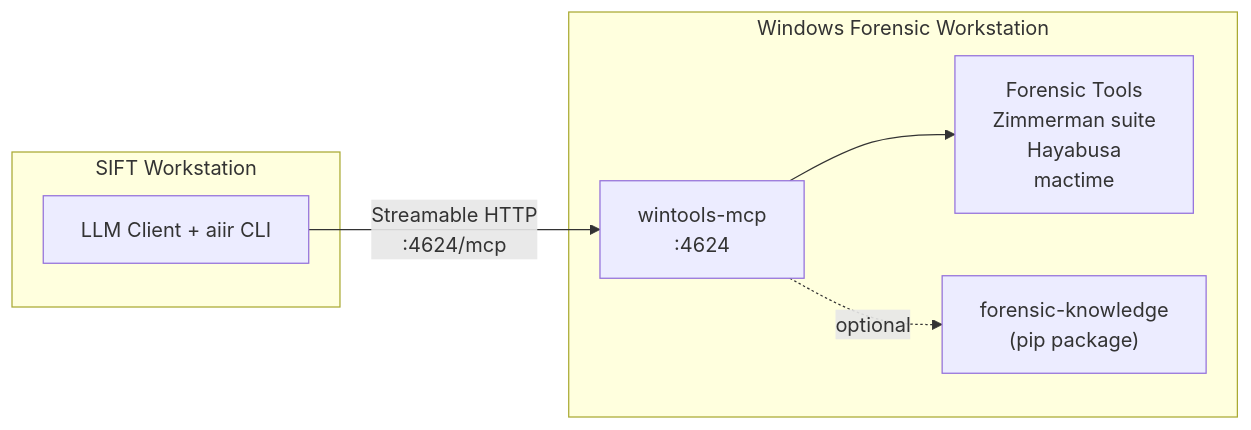
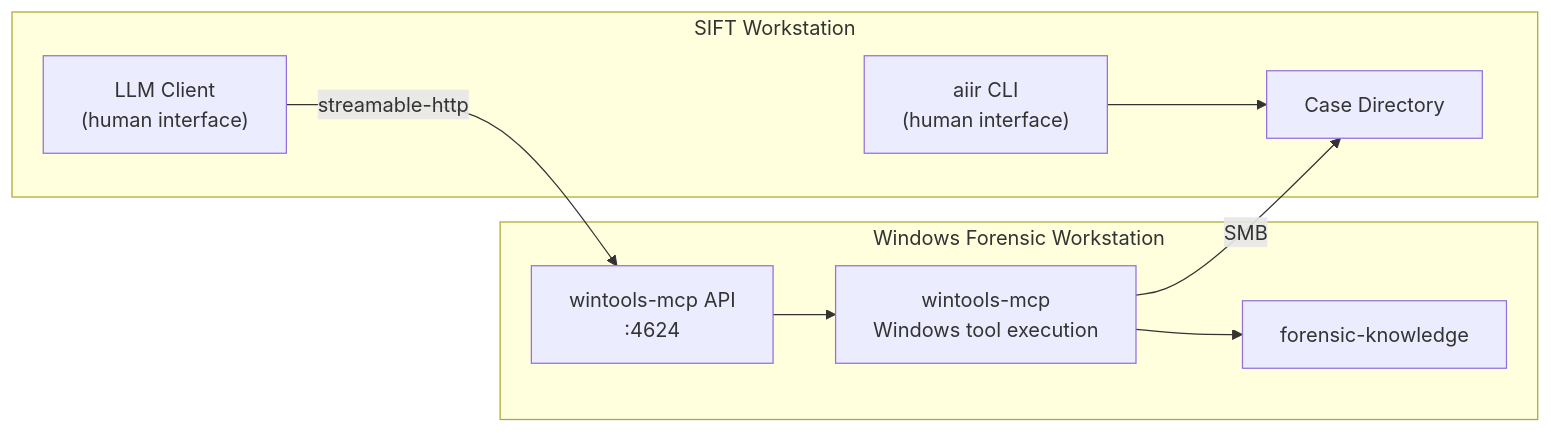
One commit to AppliedIR/wintools-mcp changed the first of 3 diagrams in README.md. Above: the diagram before and after it, drawn with Mermaid. The commit also changed other lines of this file, not shown here.

Commit message:
update architecture diagram, security considerations, and responsible use

````diff
--- a/README.md
+++ b/README.md
@@ -9,17 +9,22 @@
 ```mermaid
 graph LR
     subgraph sift ["SIFT Workstation"]
-        C["LLM Client + aiir CLI"]
+        CC["LLM Client<br/>(human interface)"]
+        CLI["aiir CLI<br/>(human interface)"]
+        CASE["Case Directory"]
+
+        CLI --> CASE
     end
 
     subgraph winbox ["Windows Forensic Workstation"]
-        WT["wintools-mcp<br/>:4624"]
-        TOOLS["Forensic Tools<br/>Zimmerman suite<br/>Hayabusa<br/>mactime"]
-        FK["forensic-knowledge<br/>(pip package)"]
+        WAPI["wintools-mcp API<br/>:4624"]
+        WM["wintools-mcp<br/>Windows tool execution"]
+        FK["forensic-knowledge"]
 
-        WT --> TOOLS
-        WT -.->|"optional"| FK
+        WAPI --> WM
+        WM --> FK
     end
 
-    C -->|"Streamable HTTP<br/>:4624/mcp"| WT
+    CC -->|"streamable-http"| WAPI
+    WM -->|"SMB"| CASE
 ```
````
